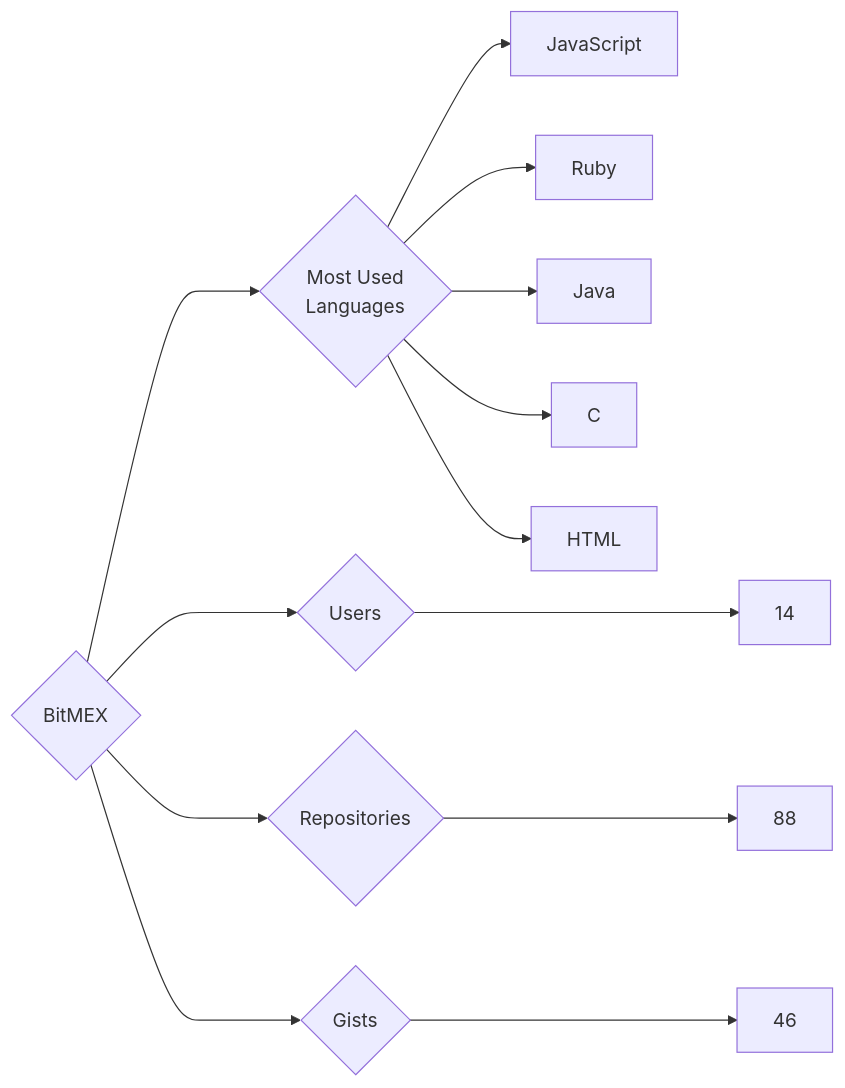
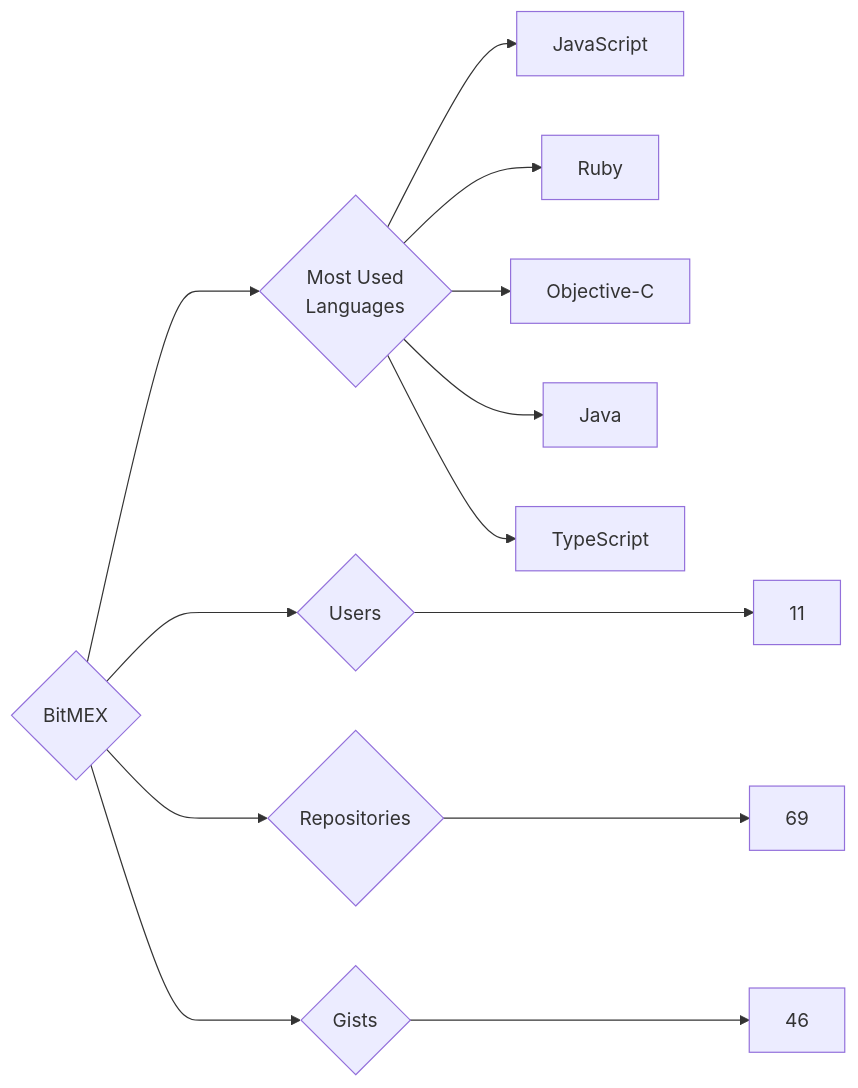
One commit to trickest/insiders changed the diagram in targets/BitMEX/README.md. Above: the diagram before and after it, drawn with Mermaid. The commit also changed 622 other files, not shown here.

````diff
--- a/targets/BitMEX/README.md
+++ b/targets/BitMEX/README.md
@@ -3,13 +3,13 @@
 ```mermaid
 graph LR
 COMPANY_NAME{BitMEX}
-COMPANY_NAME ---> U{Users} ---> UN[14]
-COMPANY_NAME ---> R{Repositories} ---> RN[88]
+COMPANY_NAME ---> U{Users} ---> UN[11]
+COMPANY_NAME ---> R{Repositories} ---> RN[69]
 COMPANY_NAME ---> G{Gists} ---> GN[46]
 COMPANY_NAME ---> ML{Most Used<br>Languages}
 ML --> JavaScript[JavaScript]
 ML --> Ruby[Ruby]
+ML --> Objective-C[Objective-C]
 ML --> Java[Java]
-ML --> C[C]
-ML --> HTML[HTML]
+ML --> TypeScript[TypeScript]
 ```
````
